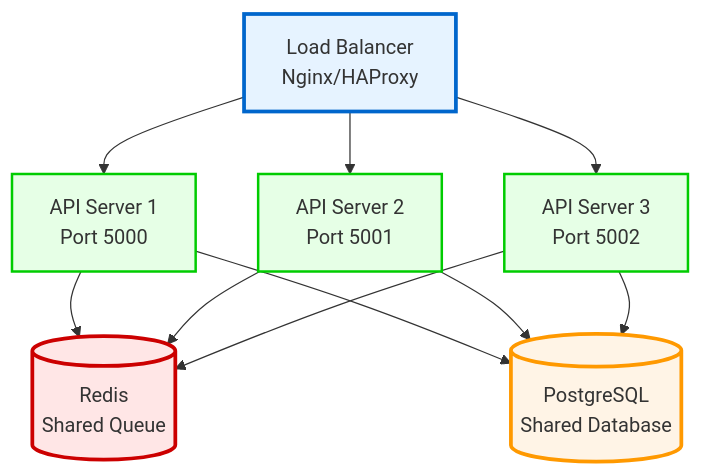
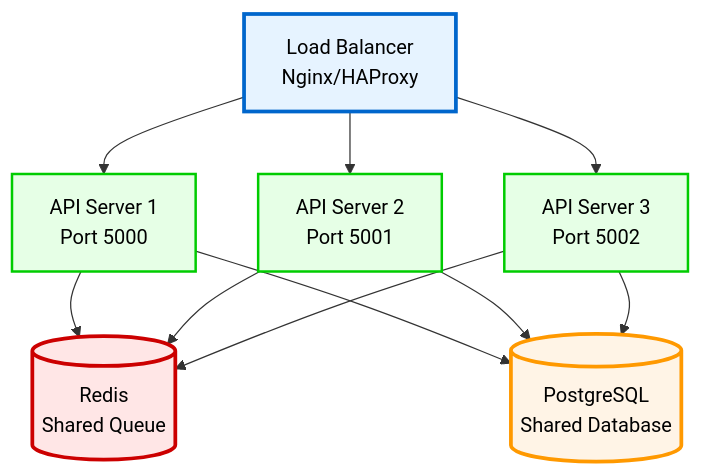
Before and after one commit to Romanabramovich/logs-and-found: the eighth of 8 diagrams in ARCHITECTURE.md, drawn with Mermaid. The commit also changed other lines of this file and 2 other files, not shown here.

Commit message:
diagram styling

````diff
--- a/ARCHITECTURE.md
+++ b/ARCHITECTURE.md
@@ -385,30 +385,30 @@
 ```mermaid
 graph TD
     LB[Load Balancer<br/>Nginx/HAProxy]
     
     API1[API Server 1<br/>Port 5000]
     API2[API Server 2<br/>Port 5001]
     API3[API Server 3<br/>Port 5002]
     
     Redis[(Redis<br/>Shared Queue)]
     DB[(PostgreSQL<br/>Shared Database)]
     
     LB --> API1
     LB --> API2
     LB --> API3
     
     API1 --> Redis
     API2 --> Redis
     API3 --> Redis
     
     API1 --> DB
     API2 --> DB
     API3 --> DB
     
-    style LB fill:#e6f3ff,stroke:#0066cc,stroke-width:3px
-    style API1 fill:#e6ffe6,stroke:#00cc00,stroke-width:2px
-    style API2 fill:#e6ffe6,stroke:#00cc00,stroke-width:2px
-    style API3 fill:#e6ffe6,stroke:#00cc00,stroke-width:2px
-    style Redis fill:#ffe6e6,stroke:#cc0000,stroke-width:3px
-    style DB fill:#fff4e6,stroke:#ff9900,stroke-width:3px
+    style LB fill:#e6f3ff,stroke:#0066cc,stroke-width:3px,color:#000000
+    style API1 fill:#e6ffe6,stroke:#00cc00,stroke-width:2px,color:#000000
+    style API2 fill:#e6ffe6,stroke:#00cc00,stroke-width:2px,color:#000000
+    style API3 fill:#e6ffe6,stroke:#00cc00,stroke-width:2px,color:#000000
+    style Redis fill:#ffe6e6,stroke:#cc0000,stroke-width:3px,color:#000000
+    style DB fill:#fff4e6,stroke:#ff9900,stroke-width:3px,color:#000000
 ```
````
